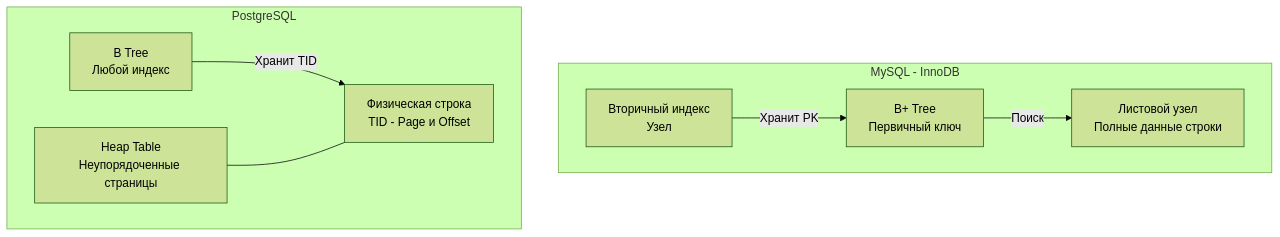
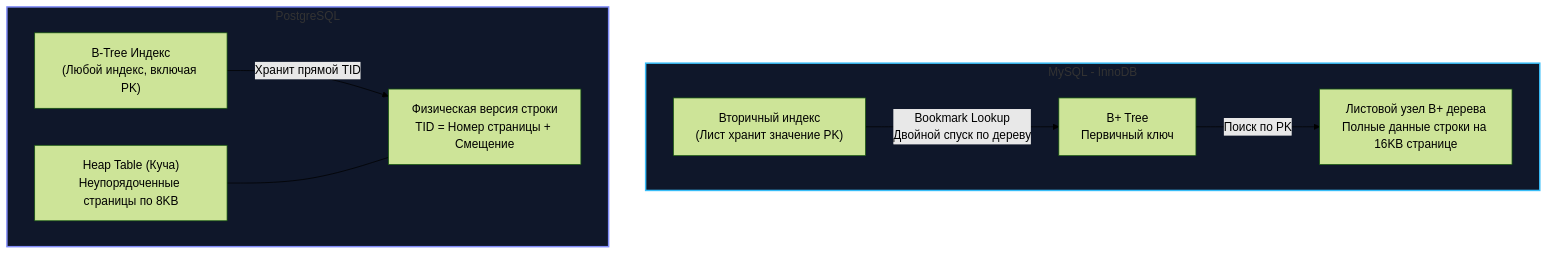
One commit to UnrealTemplier/go-textbook changed the second of 3 diagrams in sources/12. Базы данных/07. MySQL и форки/6. Отличия MySQL и PostgreSQL.md. Above: the diagram before and after it, drawn with Mermaid (forest theme). The commit also changed other lines of this file, not shown here.

````diff
--- a/sources/12. Базы данных/07. MySQL и форки/6. Отличия MySQL и PostgreSQL.md
+++ b/sources/12. Базы данных/07. MySQL и форки/6. Отличия MySQL и PostgreSQL.md
@@ -26,20 +58,23 @@
 ```mermaid
 flowchart TD
     subgraph MySQL ["MySQL - InnoDB"]
         PKTree["B+ Tree<br>Первичный ключ"]
-        DataNode["Листовой узел<br>Полные данные строки"]
-        SecIdx["Вторичный индекс<br>Узел"]
+        DataNode["Листовой узел B+ дерева<br>Полные данные строки на 16KB странице"]
+        SecIdx["Вторичный индекс<br>(Лист хранит значение PK)"]
         
-        PKTree -->|"Поиск"| DataNode
-        SecIdx -->|"Хранит PK"| PKTree
+        PKTree -->|"Поиск по PK"| DataNode
+        SecIdx -->|"Bookmark Lookup<br>Двойной спуск по дереву"| PKTree
     end
 
     subgraph PostgreSQL ["PostgreSQL"]
-        PgIdx["B Tree<br>Любой индекс"]
-        Heap["Heap Table<br>Неупорядоченные страницы"]
-        Tuple["Физическая строка<br>TID - Page и Offset"]
+        PgIdx["B-Tree Индекс<br>(Любой индекс, включая PK)"]
+        Heap["Heap Table (Куча)<br>Неупорядоченные страницы по 8KB"]
+        Tuple["Физическая версия строки<br>TID = Номер страницы + Смещение"]
         
-        PgIdx -->|"Хранит TID"| Tuple
+        PgIdx -->|"Хранит прямой TID"| Tuple
         Heap --- Tuple
     end
+
+    style MySQL fill:#0f172a,stroke:#38bdf8,stroke-width:2px
+    style PostgreSQL fill:#0f172a,stroke:#818cf8,stroke-width:2px
 ```
````
